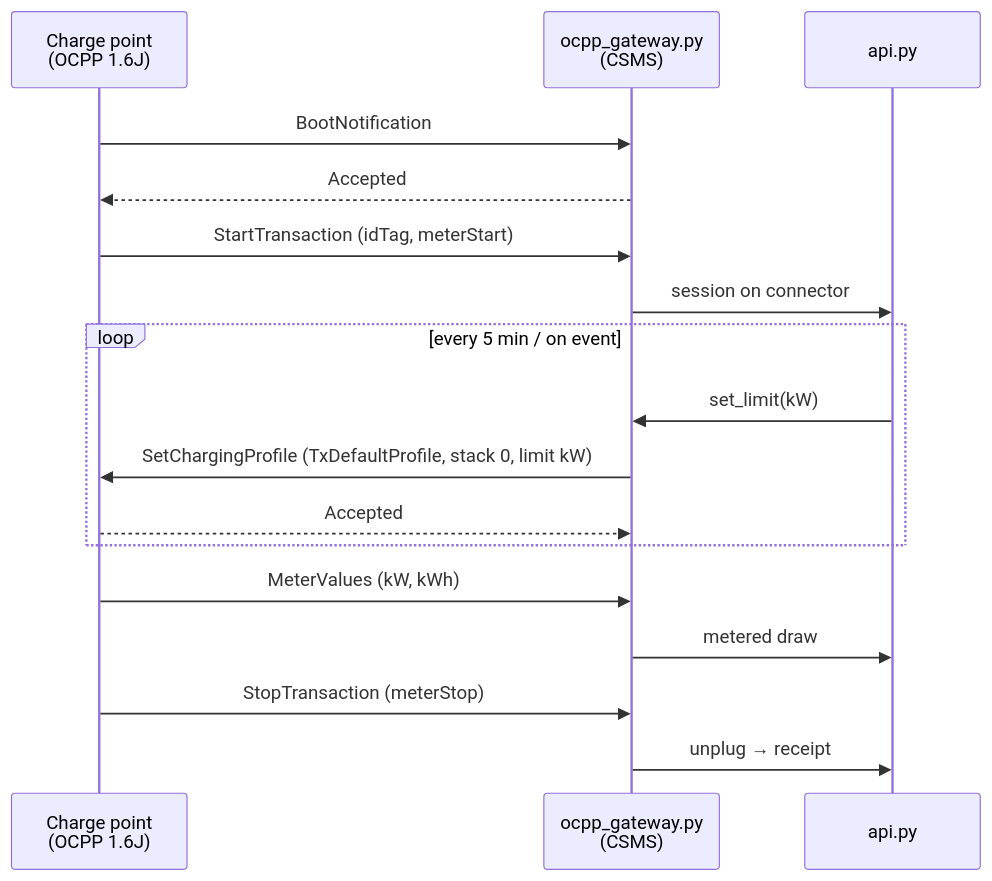
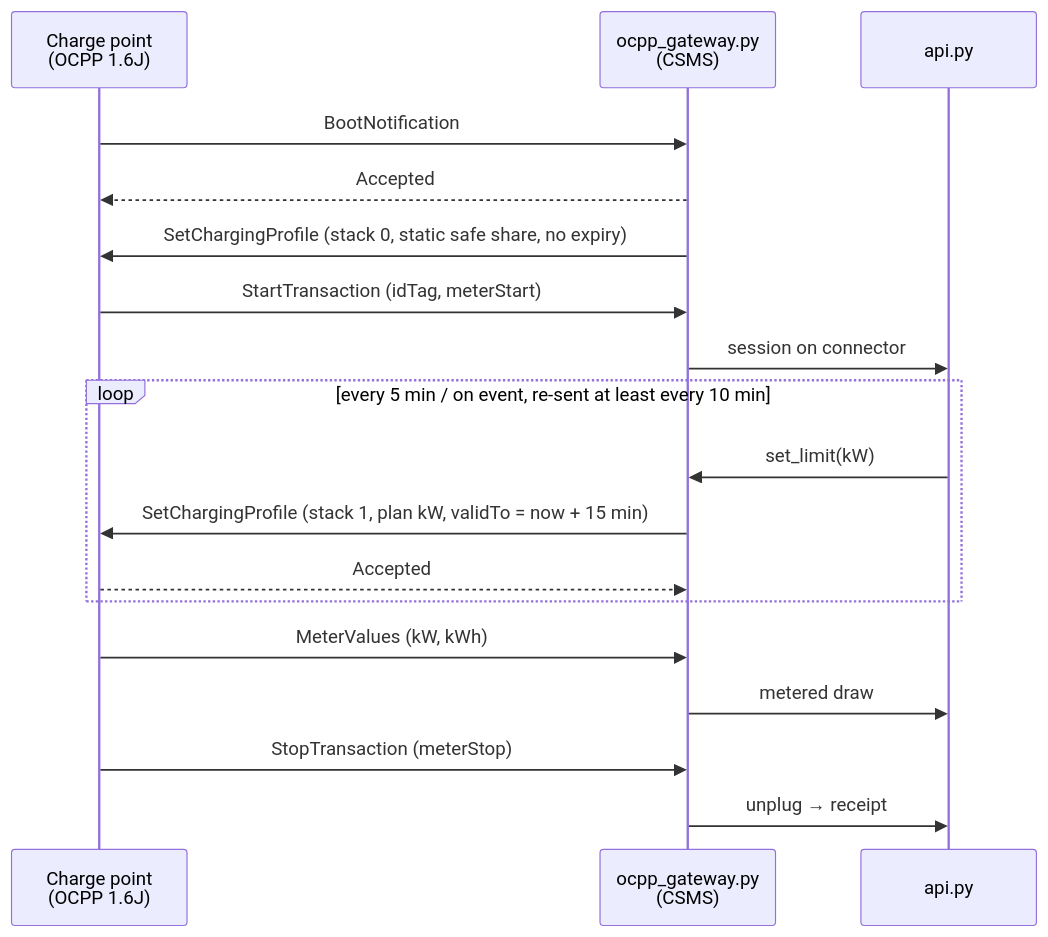
Before and after one commit to Neal006/hackout2026: the fifth of 7 diagrams in .docs/ARCHITECTURE.md, drawn with Mermaid. The commit also changed other lines of this file and 4 other files, not shown here.

First line of the commit message:
docs(WP7): README API block + assistant, ARCHITECTURE section 7 contracts and section 9 assistant, CHANGELOG, ROADMAP status

````diff
--- a/.docs/ARCHITECTURE.md
+++ b/.docs/ARCHITECTURE.md
@@ -160,19 +160,20 @@
 ```mermaid
 sequenceDiagram
     participant CP as Charge point<br/>(OCPP 1.6J)
     participant GW as ocpp_gateway.py<br/>(CSMS)
     participant API as api.py
     CP->>GW: BootNotification
     GW-->>CP: Accepted
+    GW->>CP: SetChargingProfile (stack 0, static safe share, no expiry)
     CP->>GW: StartTransaction (idTag, meterStart)
     GW->>API: session on connector
-    loop every 5 min / on event
+    loop every 5 min / on event, re-sent at least every 10 min
         API->>GW: set_limit(kW)
-        GW->>CP: SetChargingProfile (TxDefaultProfile, stack 0, limit kW)
+        GW->>CP: SetChargingProfile (stack 1, plan kW, validTo = now + 15 min)
         CP-->>GW: Accepted
     end
     CP->>GW: MeterValues (kW, kWh)
     GW->>API: metered draw
     CP->>GW: StopTransaction (meterStop)
     GW->>API: unplug → receipt
 ```
````
